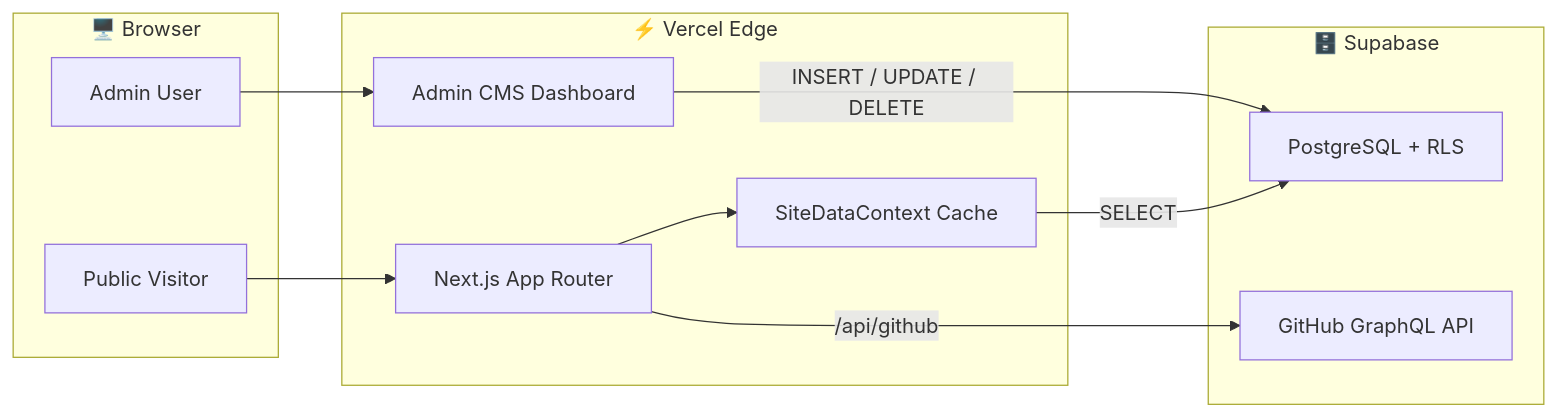
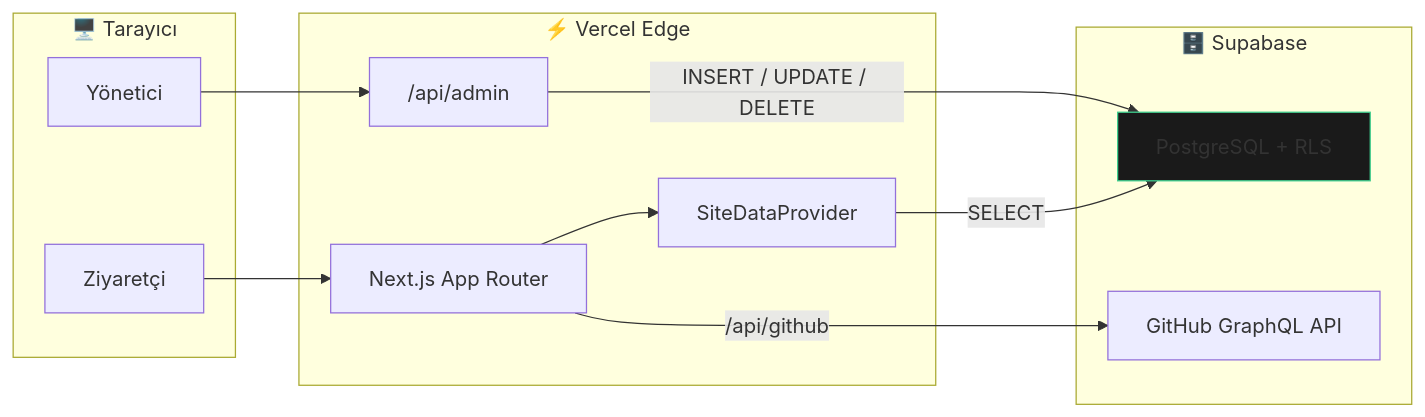
Before and after one commit to batuhd/batuhdede.me: the third of 3 diagrams in README.md, drawn with Mermaid. The commit also changed other lines of this file and 17 other files, not shown here.

````diff
--- a/README.md
+++ b/README.md
@@ -404,22 +445,24 @@
 ```mermaid
 flowchart LR
-    subgraph Browser["🖥️ Browser"]
-        A["Public Visitor"]
-        C["Admin User"]
+    subgraph Tarayici["🖥️ Tarayıcı"]
+        A["Ziyaretçi"]
+        C["Yönetici"]
     end
 
-    subgraph Edge["⚡ Vercel Edge"]
+    subgraph Kenar["⚡ Vercel Edge"]
         B["Next.js App Router"]
-        D["Admin CMS Dashboard"]
-        G["SiteDataContext Cache"]
+        D["/api/admin"]
+        G["SiteDataProvider"]
     end
 
-    subgraph Supa["🗄️ Supabase"]
+    subgraph Supabase["🗄️ Supabase"]
         I["PostgreSQL + RLS"]
         N["GitHub GraphQL API"]
     end
 
     A --> B --> G -->|"SELECT"| I
     C --> D -->|"INSERT / UPDATE / DELETE"| I
     B -->|"/api/github"| N
+
+    style I fill:#1a1a1a,stroke:#3ECF8E
 ```
````
